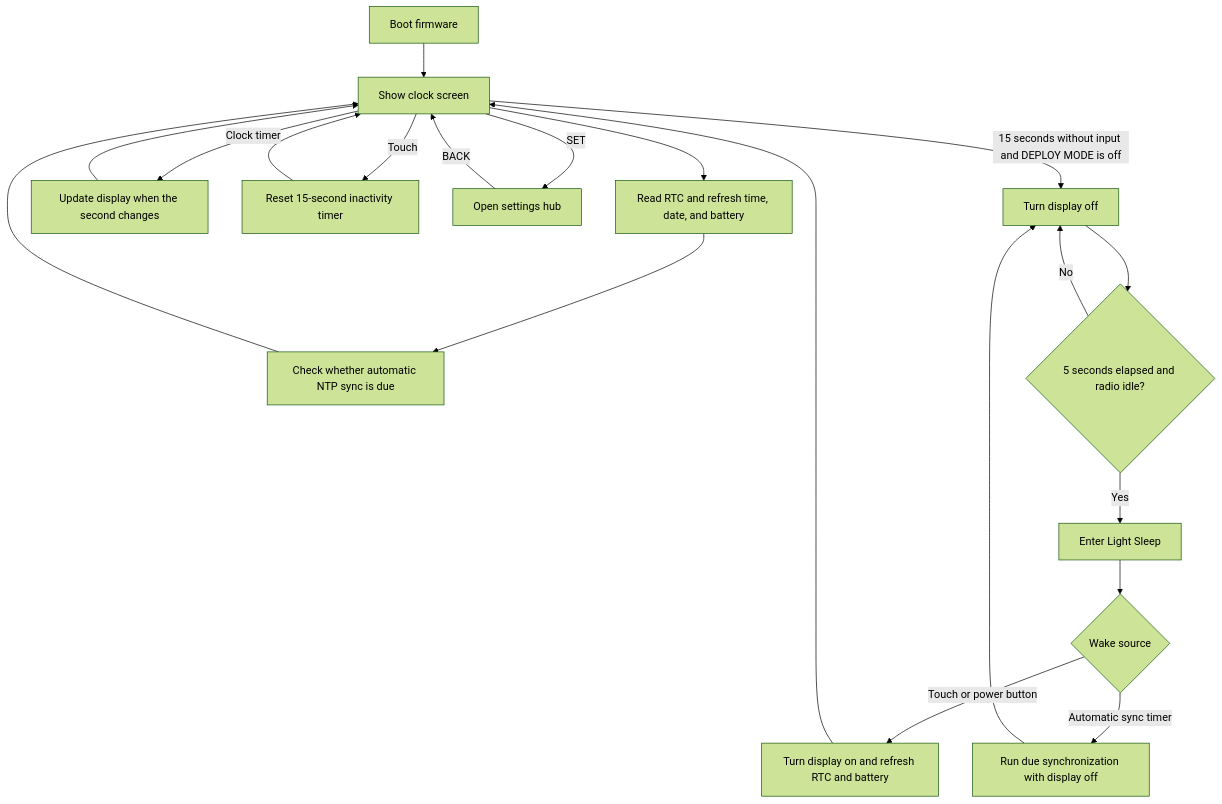
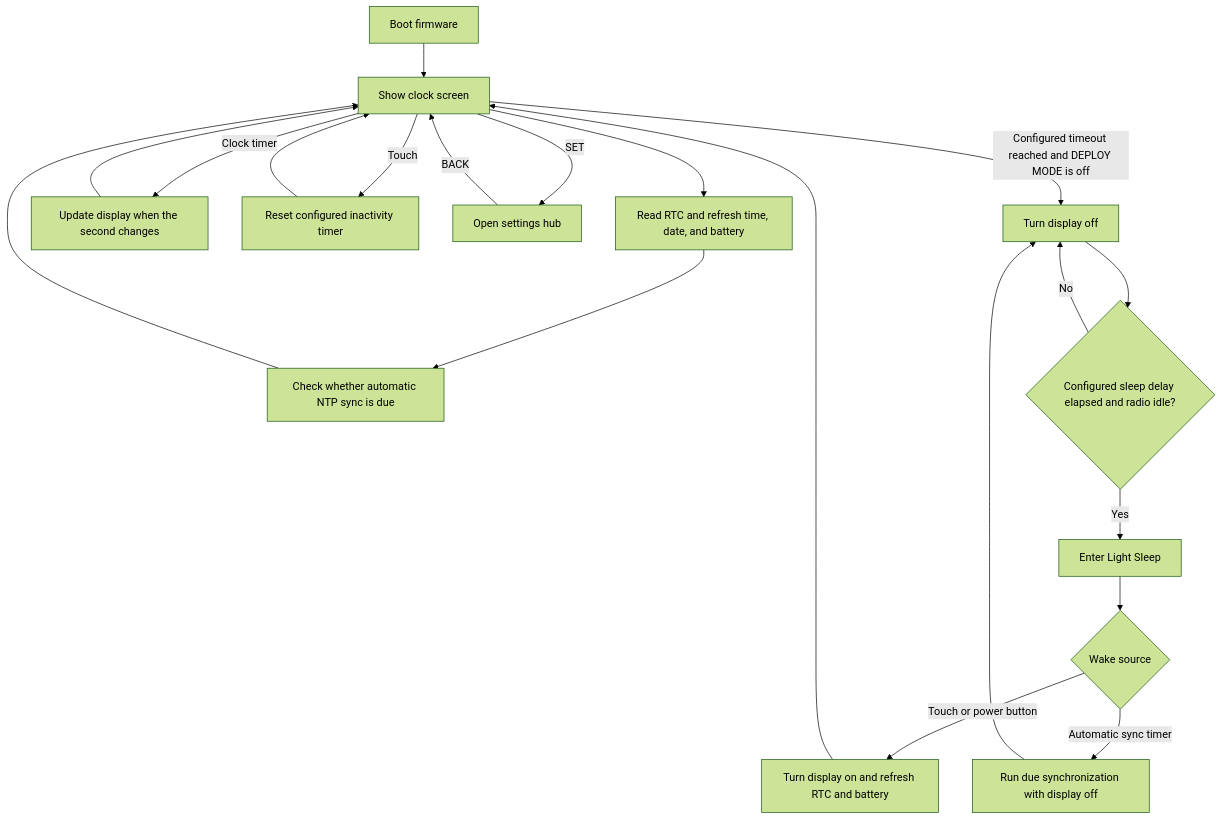
The first of 6 diagrams in README.md (keach/LilyGoLib-PlatformIO), drawn with Mermaid (forest theme) before and after one commit. The commit also changed other lines of this file and 1 other file, not shown here.

Commit message:
Add persistent power and display settings

````diff
--- a/README.md
+++ b/README.md
@@ -146,24 +147,24 @@
 ```mermaid
 flowchart TD
     BOOT["Boot firmware"] --> CLOCK["Show clock screen"]
     CLOCK --> REFRESH["Read RTC and refresh time, date, and battery"]
     REFRESH --> DUE["Check whether automatic NTP sync is due"]
     DUE --> CLOCK
 
     CLOCK -- "Clock timer" --> TICK["Update display when the second changes"]
     TICK --> CLOCK
-    CLOCK -- "Touch" --> ACTIVE["Reset 15-second inactivity timer"]
+    CLOCK -- "Touch" --> ACTIVE["Reset configured inactivity timer"]
     ACTIVE --> CLOCK
     CLOCK -- "SET" --> HUB["Open settings hub"]
     HUB -- "BACK" --> CLOCK
 
-    CLOCK -- "15 seconds without input and DEPLOY MODE is off" --> OFF["Turn display off"]
-    OFF --> READY{"5 seconds elapsed and radio idle?"}
+    CLOCK -- "Configured timeout reached and DEPLOY MODE is off" --> OFF["Turn display off"]
+    OFF --> READY{"Configured sleep delay elapsed and radio idle?"}
     READY -- "No" --> OFF
     READY -- "Yes" --> SLEEP["Enter Light Sleep"]
     SLEEP --> WAKE{"Wake source"}
     WAKE -- "Touch or power button" --> RESTORE["Turn display on and refresh RTC and battery"]
     RESTORE --> CLOCK
     WAKE -- "Automatic sync timer" --> BG["Run due synchronization with display off"]
     BG --> OFF
 ```
````
